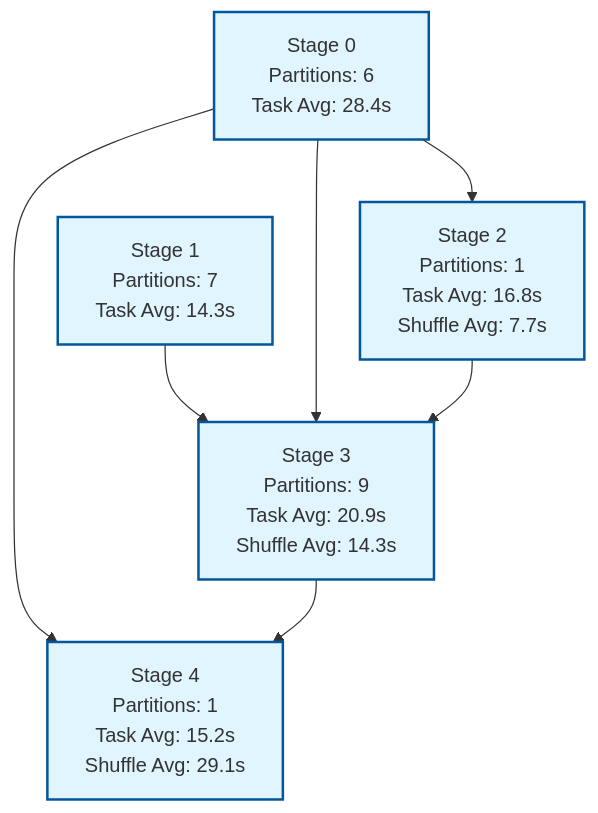
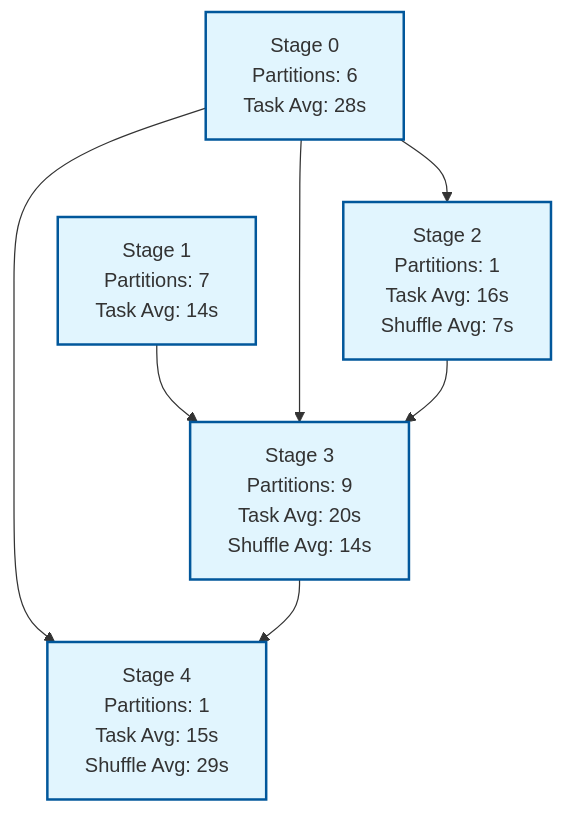
One commit to fhalde/fauxspark changed the diagram in examples/generated/run2/README.md. Above: the diagram before and after it, drawn with Mermaid. The commit also changed 3 other files, not shown here.

````diff
--- a/examples/generated/run2/README.md
+++ b/examples/generated/run2/README.md
@@ -9,12 +9,12 @@
 ```mermaid
 graph TD
-    Stage0["Stage 0<br/>Partitions: 6<br/>Task Avg: 28.4s"] --> Stage2["Stage 2<br/>Partitions: 1<br/>Task Avg: 16.8s<br/>Shuffle Avg: 7.7s"]
-    Stage1["Stage 1<br/>Partitions: 7<br/>Task Avg: 14.3s"] --> Stage3["Stage 3<br/>Partitions: 9<br/>Task Avg: 20.9s<br/>Shuffle Avg: 14.3s"]
+    Stage0["Stage 0<br/>Partitions: 6<br/>Task Avg: 28s"] --> Stage2["Stage 2<br/>Partitions: 1<br/>Task Avg: 16s<br/>Shuffle Avg: 7s"]
+    Stage1["Stage 1<br/>Partitions: 7<br/>Task Avg: 14s"] --> Stage3["Stage 3<br/>Partitions: 9<br/>Task Avg: 20s<br/>Shuffle Avg: 14s"]
     Stage0 --> Stage3
     Stage2 --> Stage3
-    Stage0 --> Stage4["Stage 4<br/>Partitions: 1<br/>Task Avg: 15.2s<br/>Shuffle Avg: 29.1s"]
+    Stage0 --> Stage4["Stage 4<br/>Partitions: 1<br/>Task Avg: 15s<br/>Shuffle Avg: 29s"]
     Stage3 --> Stage4
 
     classDef stageBox fill:#e1f5fe,stroke:#01579b,stroke-width:2px
     class Stage0,Stage1,Stage2,Stage3,Stage4 stageBox
 ```
````
